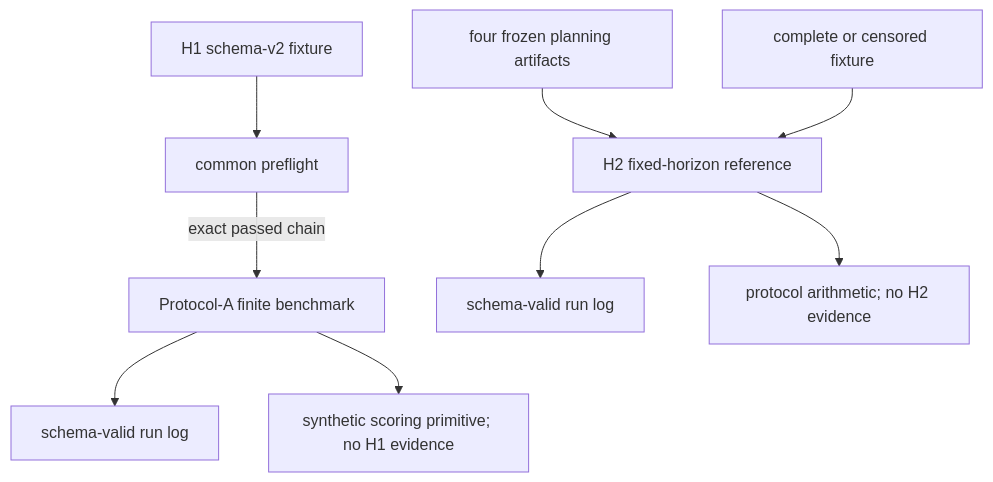
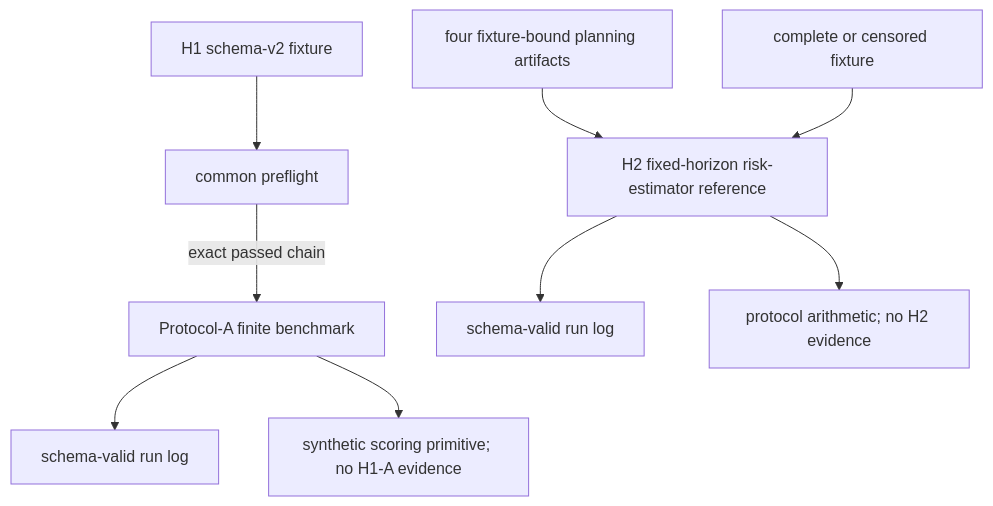
Before and after one commit to sepahead/prisoma: the seventh of 11 diagrams in DIAGRAMS.md, drawn with Mermaid. The commit also changed other lines of this file and 60 other files, not shown here.

````diff
--- a/DIAGRAMS.md
+++ b/DIAGRAMS.md
@@ -141,12 +144,12 @@
 ```mermaid
 flowchart TD
     H1Input["H1 schema-v2 fixture"] --> H1Preflight["common preflight"]
     H1Preflight -->|exact passed chain| H1A["Protocol-A finite benchmark"]
     H1A --> H1Log["schema-valid run log"]
-    H1A --> H1Boundary["synthetic scoring primitive; no H1 evidence"]
+    H1A --> H1Boundary["synthetic scoring primitive; no H1-A evidence"]
 
-    H2Artifacts["four frozen planning artifacts"] --> H2Ref["H2 fixed-horizon reference"]
+    H2Artifacts["four fixture-bound planning artifacts"] --> H2Ref["H2 fixed-horizon risk-estimator reference"]
     H2Dataset["complete or censored fixture"] --> H2Ref
     H2Ref --> H2Log["schema-valid run log"]
     H2Ref --> H2Boundary["protocol arithmetic; no H2 evidence"]
 ```
````
